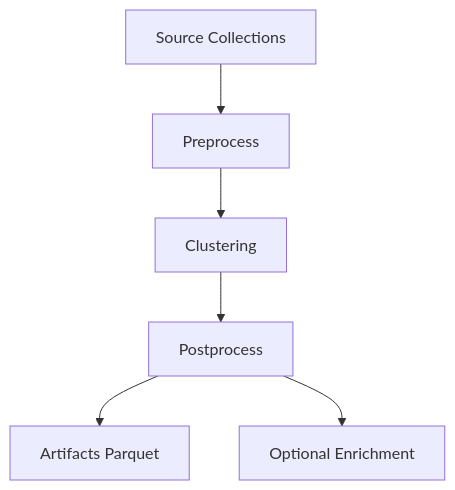
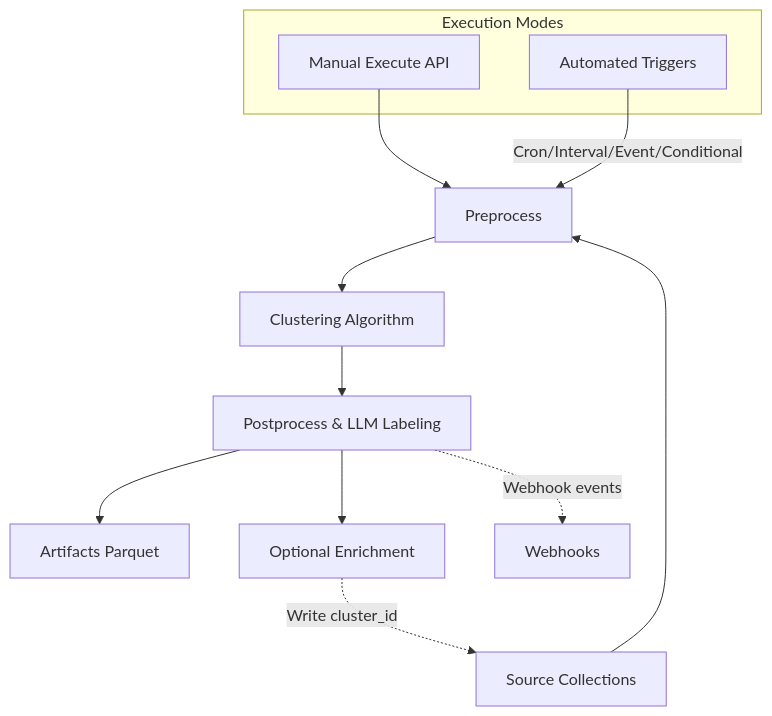
One commit to mixpeek/docs changed the first of 2 diagrams in enrichment/clusters.mdx. Above: the diagram before and after it, drawn with Mermaid. The commit also changed other lines of this file, not shown here.

First line of the commit message:
docs: add comprehensive cluster triggers documentation

````diff
--- a/enrichment/clusters.mdx
+++ b/enrichment/clusters.mdx
@@ -33,8 +41,19 @@
   ```mermaid
   graph TD
-    SRC[Source Collections] --> PRE[Preprocess]
-    PRE --> CL[Clustering]
-    CL --> POST[Postprocess]
+    subgraph Execution["Execution Modes"]
+      MAN[Manual Execute API]
+      TRIG[Automated Triggers]
+    end
+    
+    MAN --> PRE[Preprocess]
+    TRIG -->|Cron/Interval/Event/Conditional| PRE
+    
+    SRC[Source Collections] --> PRE
+    PRE --> CL[Clustering Algorithm]
+    CL --> POST[Postprocess & LLM Labeling]
     POST --> ART[Artifacts Parquet]
     POST --> ENR[Optional Enrichment]
+    
+    ENR -.->|Write cluster_id| SRC
+    POST -.->|Webhook events| WH[Webhooks]
   ```
````
